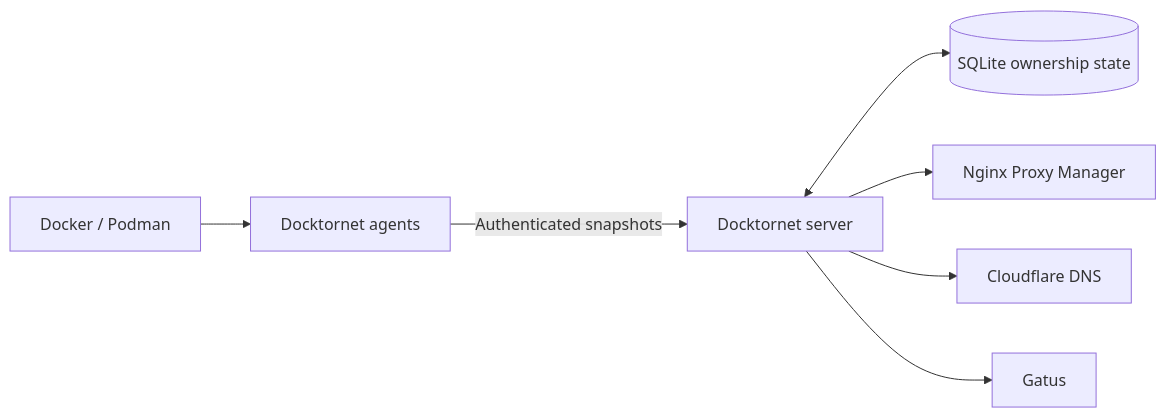
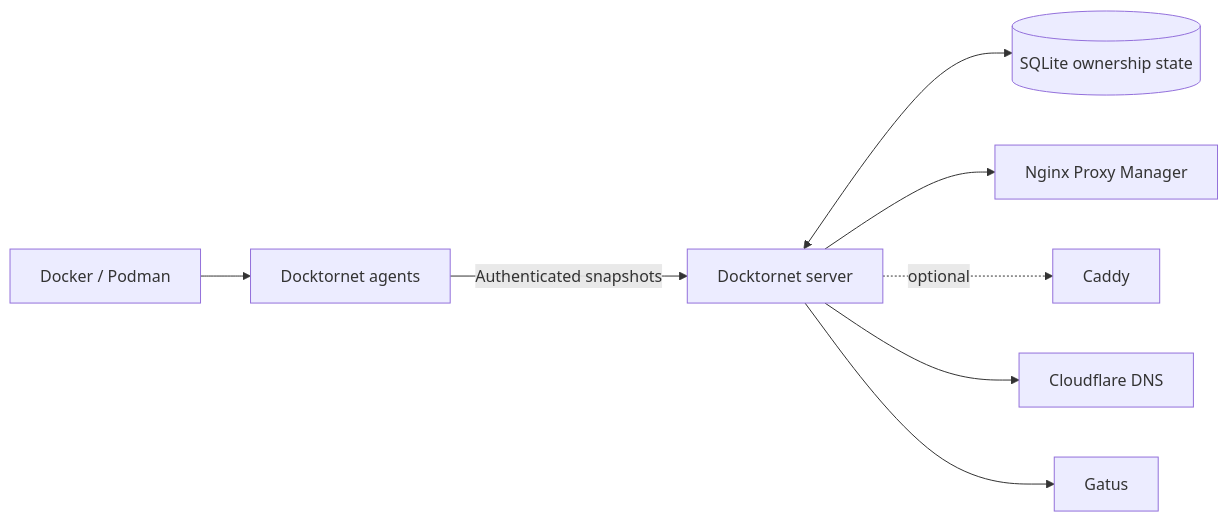
The diagram in README.md (BattermanZ/DocktorNet), drawn with Mermaid before and after one commit. The commit also changed other lines of this file and 4 other files, not shown here.

````diff
--- a/README.md
+++ b/README.md
@@ -35,9 +37,10 @@
 ```mermaid
 flowchart LR
     engines[Docker / Podman] --> agents[Docktornet agents]
     agents -->|Authenticated snapshots| server[Docktornet server]
     server <--> state[(SQLite ownership state)]
     server --> npm[Nginx Proxy Manager]
+    server -.->|optional| caddy[Caddy]
     server --> cf[Cloudflare DNS]
     server --> gatus[Gatus]
 ```
````
